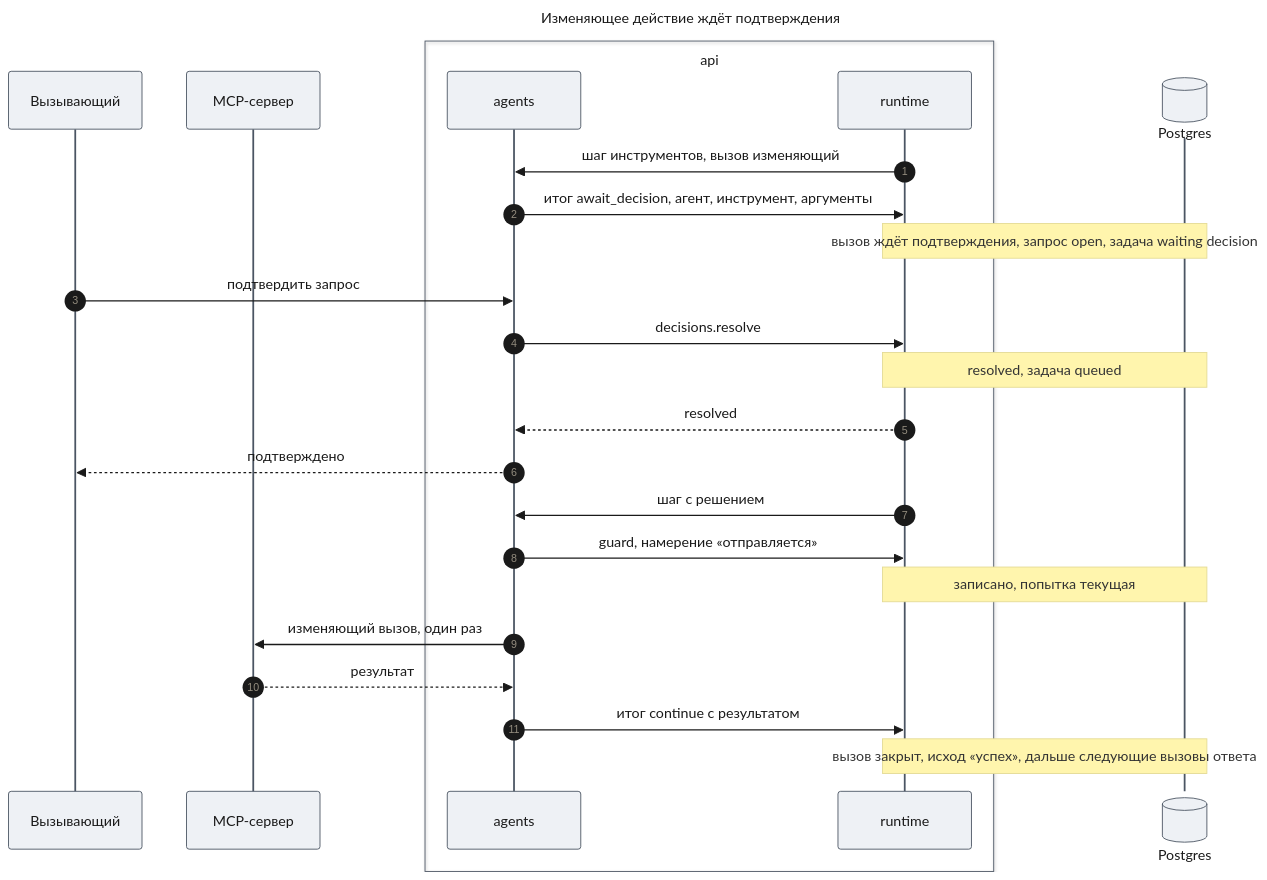
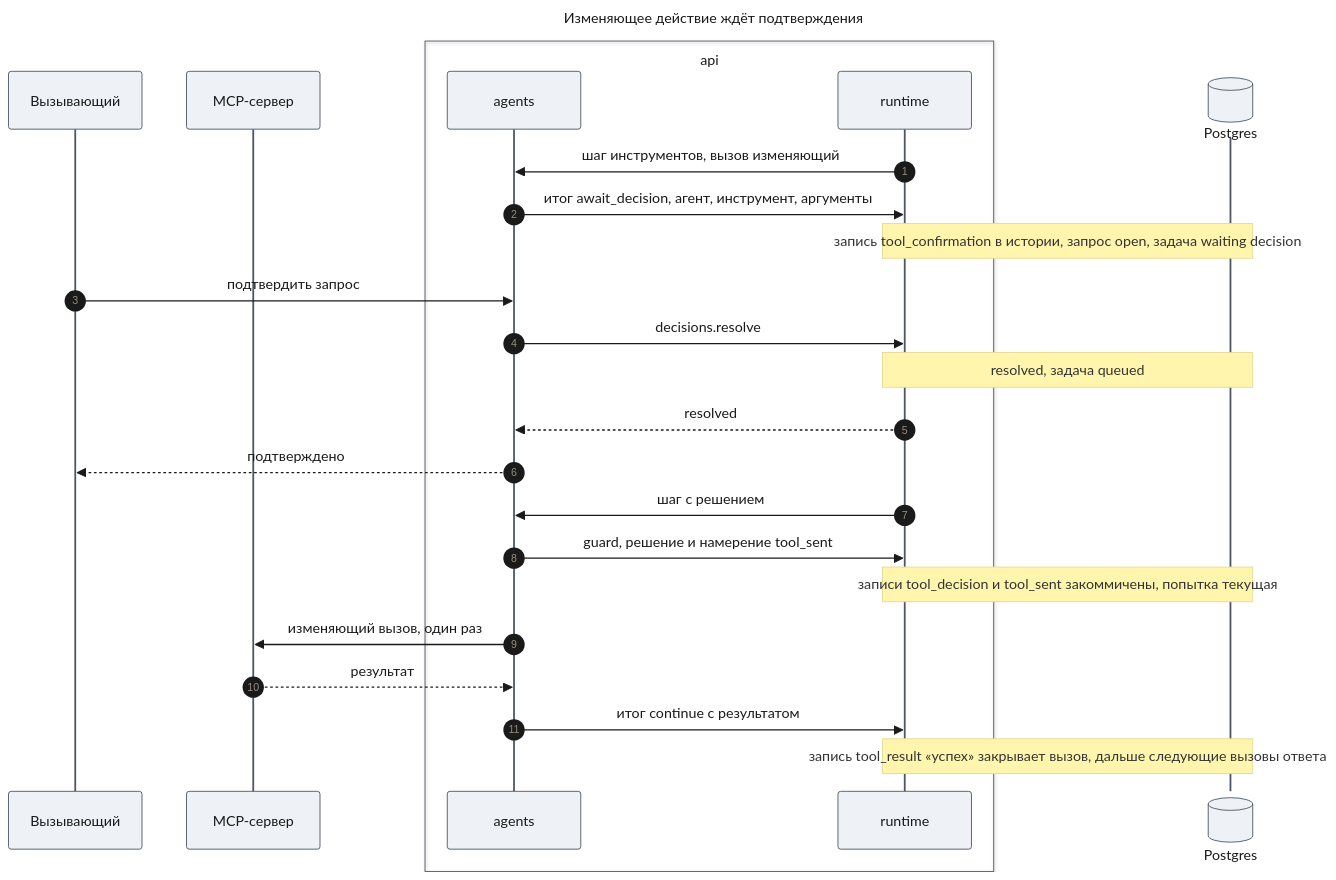
The eighth of 12 diagrams in docs/features/agent-platform/design-agents.md (tundraray/agent-os), drawn with Mermaid before and after one commit. The commit also changed other lines of this file and 420 other files, not shown here.

````diff
--- a/docs/features/agent-platform/design-agents.md
+++ b/docs/features/agent-platform/design-agents.md
@@ -556,51 +560,51 @@
 ```mermaid
 ---
 title: "Изменяющее действие ждёт подтверждения"
 config:
   theme: base
   look: classic
   themeVariables:
     primaryColor: "#eef1f5"
     primaryBorderColor: "#4b5563"
     primaryTextColor: "#1a1a1a"
     lineColor: "#6b7280"
   themeCSS: |
     @keyframes lit_ga5{0%,8.18%{stroke:#991b1b;stroke-width:6px}9.09%,100%{stroke:#37474f;stroke-width:2px}}
     @keyframes litr_ga5{0%,8.18%{stroke:#1d4ed8;stroke-width:6px}9.09%,100%{stroke:#37474f;stroke-width:2px}}
     .messageLine0[data-id='i1'],.messageLine1[data-id='i1']{animation:litr_ga5 13.2s linear 0s infinite}
     .messageLine0[data-id='i2'],.messageLine1[data-id='i2']{animation:lit_ga5 13.2s linear 1.2s infinite}
     .messageLine0[data-id='i4'],.messageLine1[data-id='i4']{animation:lit_ga5 13.2s linear 2.4s infinite}
     .messageLine0[data-id='i5'],.messageLine1[data-id='i5']{animation:lit_ga5 13.2s linear 3.6s infinite}
     .messageLine0[data-id='i7'],.messageLine1[data-id='i7']{animation:litr_ga5 13.2s linear 4.8s infinite}
     .messageLine0[data-id='i8'],.messageLine1[data-id='i8']{animation:litr_ga5 13.2s linear 6s infinite}
     .messageLine0[data-id='i9'],.messageLine1[data-id='i9']{animation:litr_ga5 13.2s linear 7.2s infinite}
     .messageLine0[data-id='i10'],.messageLine1[data-id='i10']{animation:lit_ga5 13.2s linear 8.4s infinite}
     .messageLine0[data-id='i12'],.messageLine1[data-id='i12']{animation:lit_ga5 13.2s linear 9.6s infinite}
     .messageLine0[data-id='i13'],.messageLine1[data-id='i13']{animation:litr_ga5 13.2s linear 10.8s infinite}
     .messageLine0[data-id='i14'],.messageLine1[data-id='i14']{animation:lit_ga5 13.2s linear 12s infinite}
 ---
 sequenceDiagram
     autonumber
     participant C as Вызывающий
     participant X as MCP-сервер
     box api
     participant AG as agents
     participant RT as runtime
     end
     participant DB@{ "type": "database" } as Postgres
     RT->>AG: шаг инструментов, вызов изменяющий
     AG->>RT: итог await_decision, агент, инструмент, аргументы
-    Note over RT,DB: вызов ждёт подтверждения, запрос open, задача waiting decision
+    Note over RT,DB: запись tool_confirmation в истории, запрос open, задача waiting decision
     C->>AG: подтвердить запрос
     AG->>RT: decisions.resolve
     Note over RT,DB: resolved, задача queued
     RT-->>AG: resolved
     AG-->>C: подтверждено
     RT->>AG: шаг с решением
-    AG->>RT: guard, намерение «отправляется»
-    Note over RT,DB: записано, попытка текущая
+    AG->>RT: guard, решение и намерение tool_sent
+    Note over RT,DB: записи tool_decision и tool_sent закоммичены, попытка текущая
     AG->>X: изменяющий вызов, один раз
     X-->>AG: результат
     AG->>RT: итог continue с результатом
-    Note over RT,DB: вызов закрыт, исход «успех», дальше следующие вызовы ответа
+    Note over RT,DB: запись tool_result «успех» закрывает вызов, дальше следующие вызовы ответа
 ```
````
